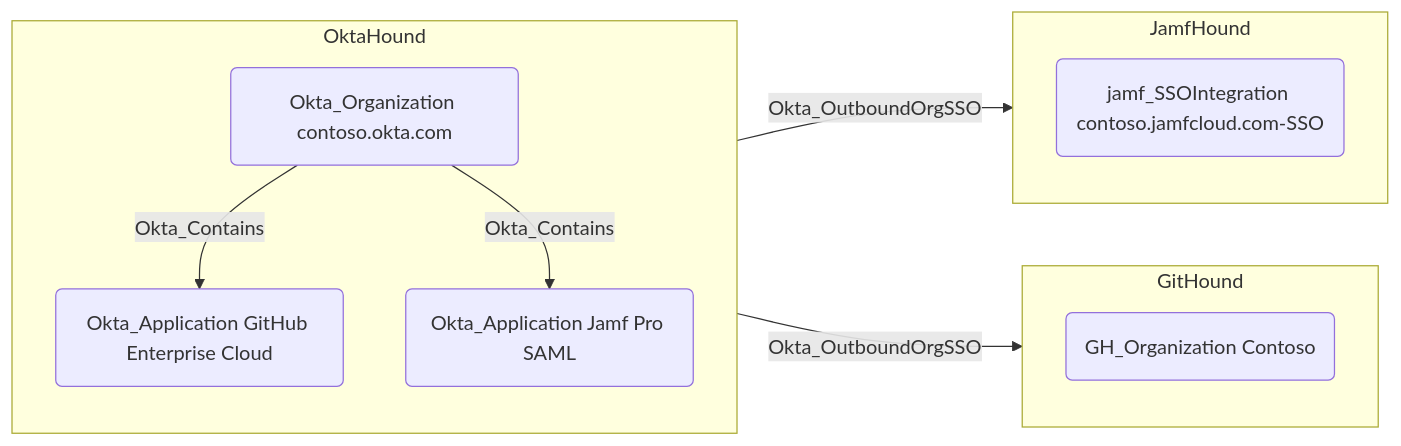
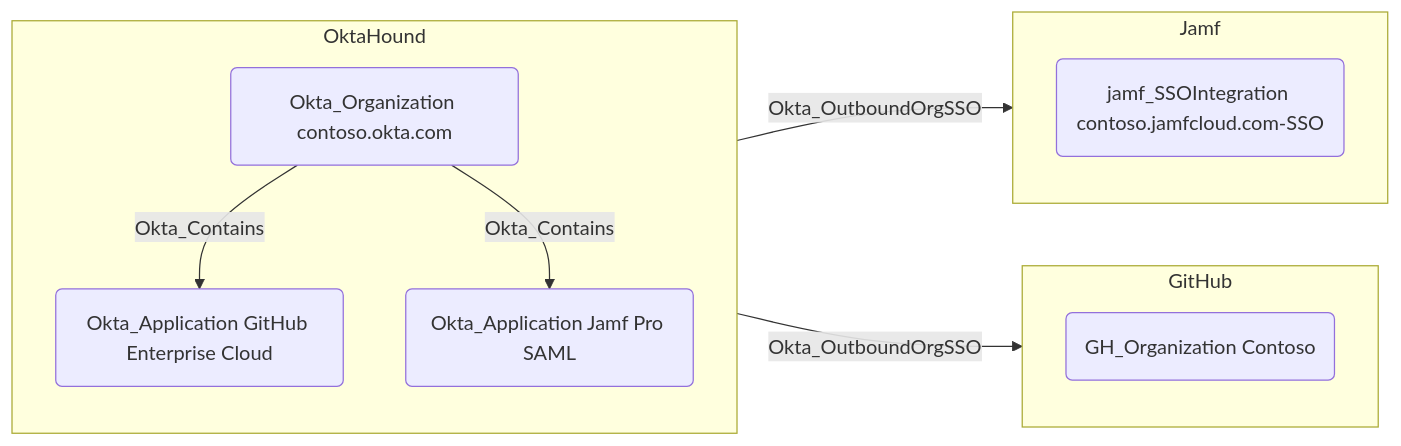
The diagram in docs/opengraph/extensions/okta/edges/okta_outboundorgsso.mdx (SpecterOps/bloodhound-docs), drawn with Mermaid before and after one commit. The commit also changed other lines of this file and 248 other files, not shown here.

````diff
--- a/docs/opengraph/extensions/okta/edges/okta_outboundorgsso.mdx
+++ b/docs/opengraph/extensions/okta/edges/okta_outboundorgsso.mdx
@@ -18,21 +19,21 @@
 ```mermaid
 graph LR
   subgraph okta["OktaHound"]
     direction TB
     o("Okta_Organization contoso.okta.com")
     app1("Okta_Application GitHub Enterprise Cloud")
     app2("Okta_Application Jamf Pro SAML")
     o -- Okta_Contains --> app1
     o -- Okta_Contains --> app2
   end
-  subgraph "GitHound"
+  subgraph "GitHub"
     direction TB
     ghorg("GH_Organization Contoso")
     app1 -- Okta_OutboundOrgSSO --> ghorg
   end
-  subgraph "JamfHound"
+  subgraph "Jamf"
     direction TB
     jamf("jamf_SSOIntegration contoso.jamfcloud.com-SSO")
     app2 -- Okta_OutboundOrgSSO --> jamf
   end
 ```
````
